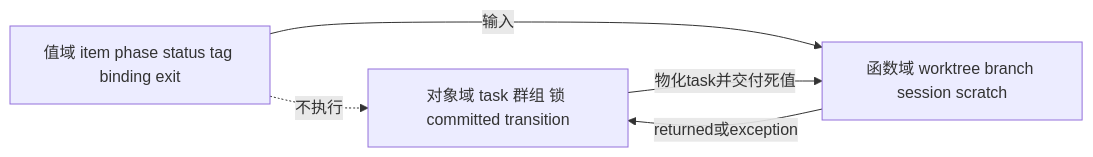
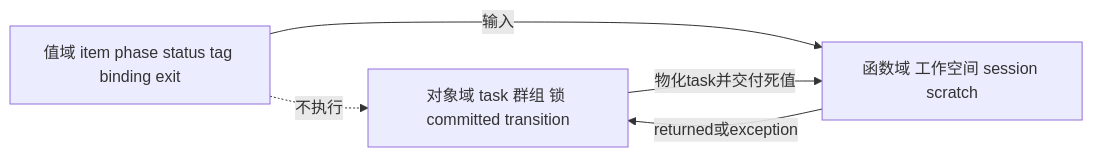
Before and after one commit to mouriya-s-lab/coder-loop: diagram 24 of 46 in v3-issue/B.md, drawn with Mermaid. The commit also changed other lines of this file and 1 other file, not shown here.

````diff
--- a/v3-issue/B.md
+++ b/v3-issue/B.md
@@ -982,10 +983,10 @@
 ```mermaid
 flowchart LR
     O[对象域 task 群组 锁 committed transition]
-    F[函数域 worktree branch session scratch]
+    F[函数域 工作空间 session scratch]
     V[值域 item phase status tag binding exit]
     V -->|输入| F
     F -->|returned或exception| O
     O -->|物化task并交付死值| F
     V -. 不执行 .-> O
 ```
````
